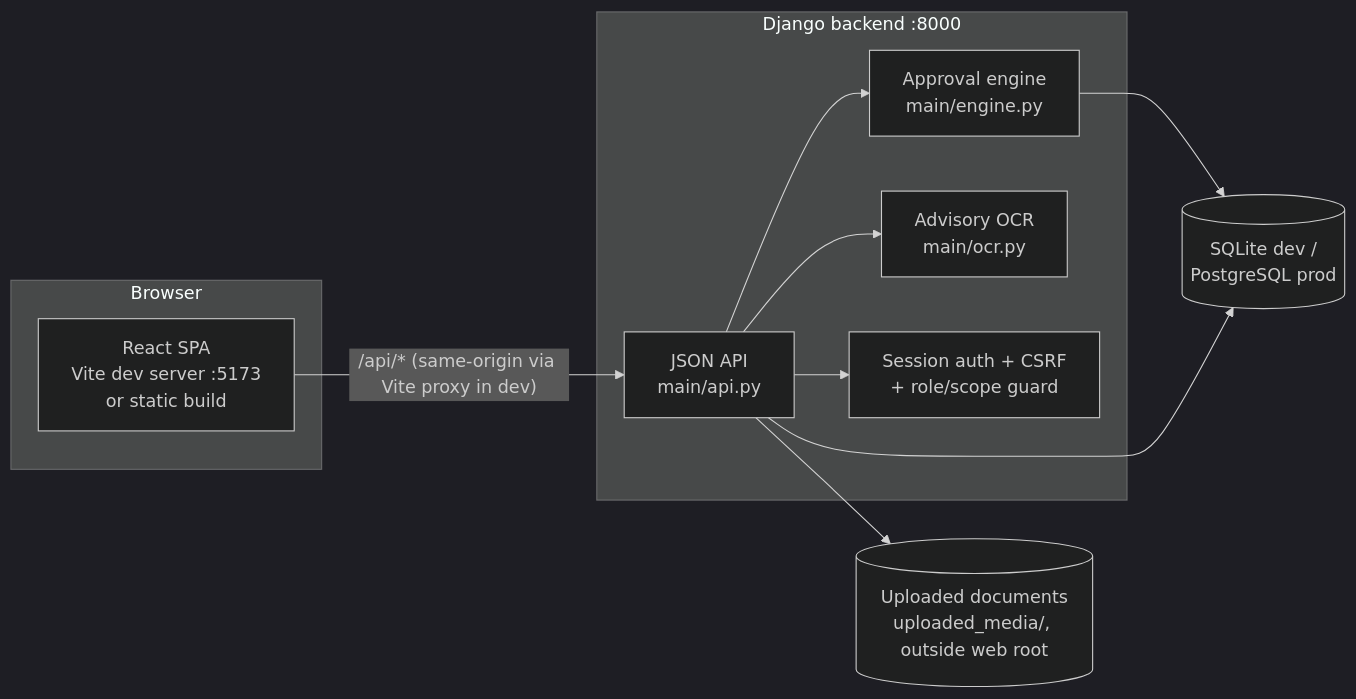
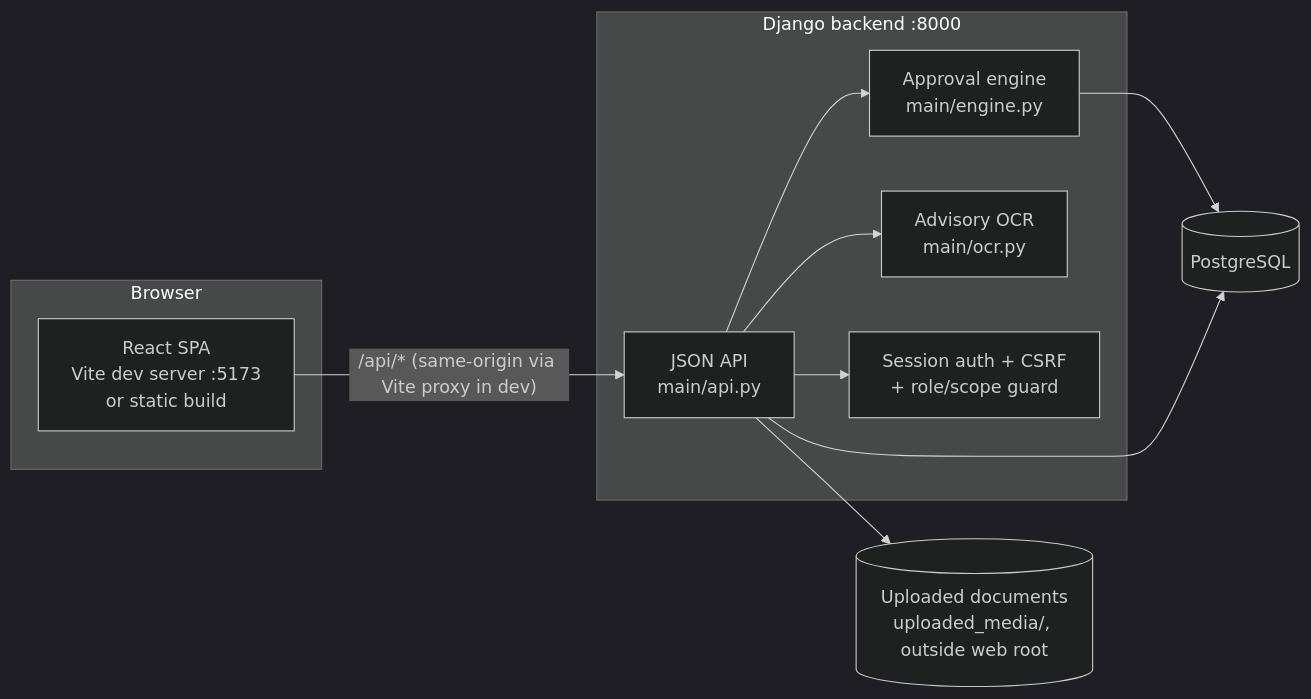
Before and after one commit to manashatwar/LNMIIT-NO-DUES-PORTAL: the diagram in README.md, drawn with Mermaid (dark theme). The commit also changed other lines of this file and 21 other files, not shown here.

First line of the commit message:
feat: Add Docker Compose setup for PostgreSQL, Django, and Nginx

````diff
--- a/README.md
+++ b/README.md
@@ -48,24 +53,24 @@
 ```mermaid
 flowchart LR
     subgraph Browser
         UI[React SPA<br/>Vite dev server :5173<br/>or static build]
     end
 
     subgraph Django["Django backend :8000"]
         API[JSON API<br/>main/api.py]
         ENG[Approval engine<br/>main/engine.py]
         OCR[Advisory OCR<br/>main/ocr.py]
         AUTH[Session auth + CSRF<br/>+ role/scope guard]
     end
 
-    DB[(SQLite dev /<br/>PostgreSQL prod)]
+    DB[(PostgreSQL)]
     FS[(Uploaded documents<br/>uploaded_media/, outside web root)]
 
     UI -- "/api/* (same-origin via Vite proxy in dev)" --> API
     API --> AUTH
     API --> ENG
     API --> OCR
     ENG --> DB
     API --> DB
     API --> FS
 ```
````
